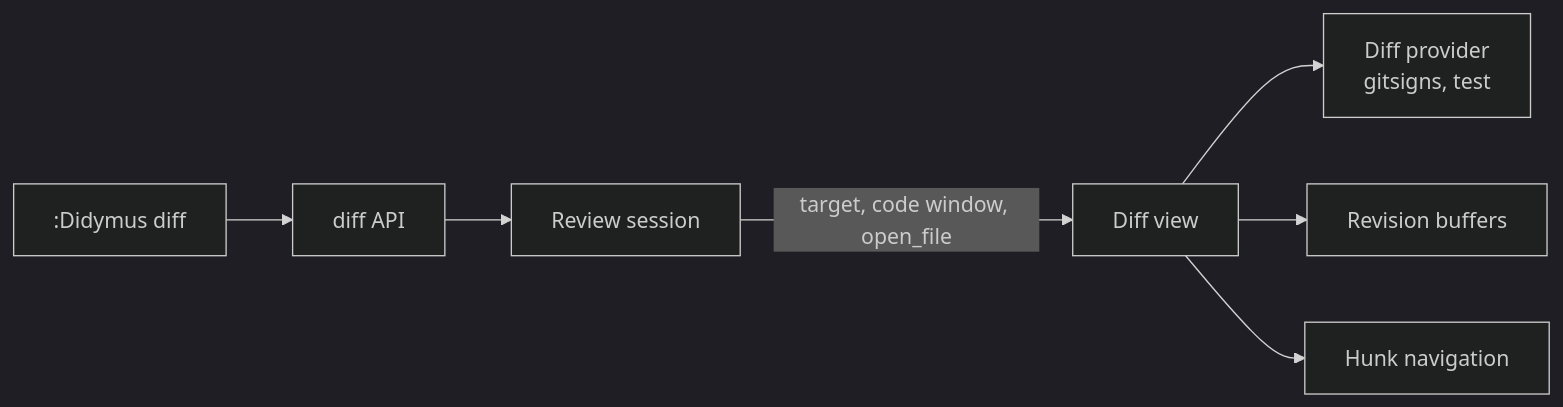
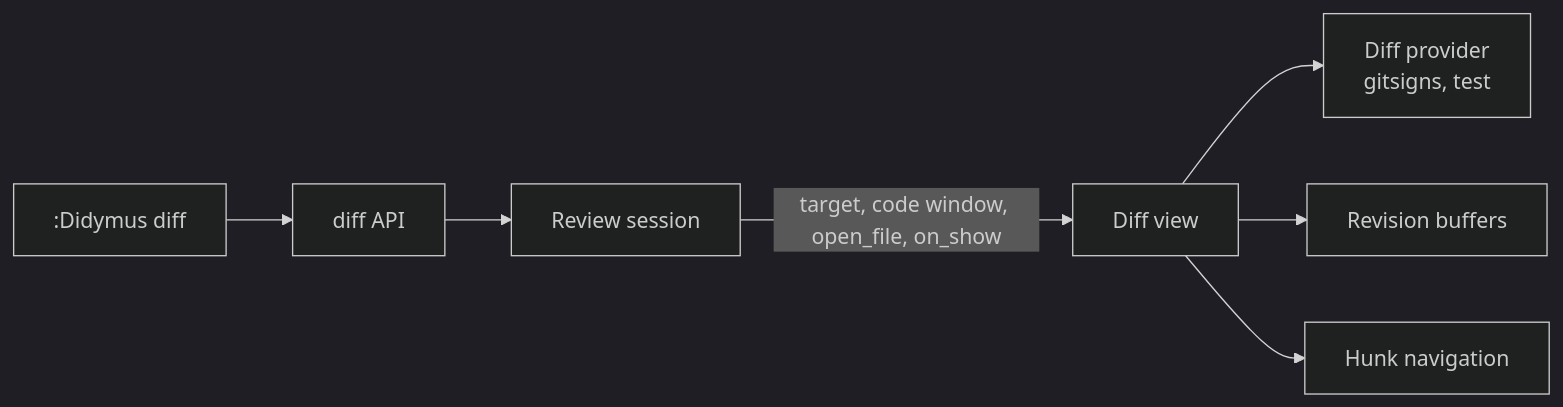
One commit to nickciaravella/didymus.nvim changed the first of 2 diagrams in docs/architecture/diff.md. Above: the diagram before and after it, drawn with Mermaid (dark theme). The commit also changed other lines of this file and 12 other files, not shown here.

First line of the commit message:
Show the diff in the review tabpage, and toggle it (#90)

````diff
--- a/docs/architecture/diff.md
+++ b/docs/architecture/diff.md
@@ -74,9 +74,9 @@
 ```mermaid
 flowchart LR
   cmd[":Didymus diff"] --> api["diff API"]
   api --> review["Review session"]
-  review -- "target, code window, open_file" --> view["Diff view"]
+  review -- "target, code window, open_file, on_show" --> view["Diff view"]
   view --> provider["Diff provider<br/>gitsigns, test"]
   view --> revision["Revision buffers"]
   view --> hunks["Hunk navigation"]
 ```
````
